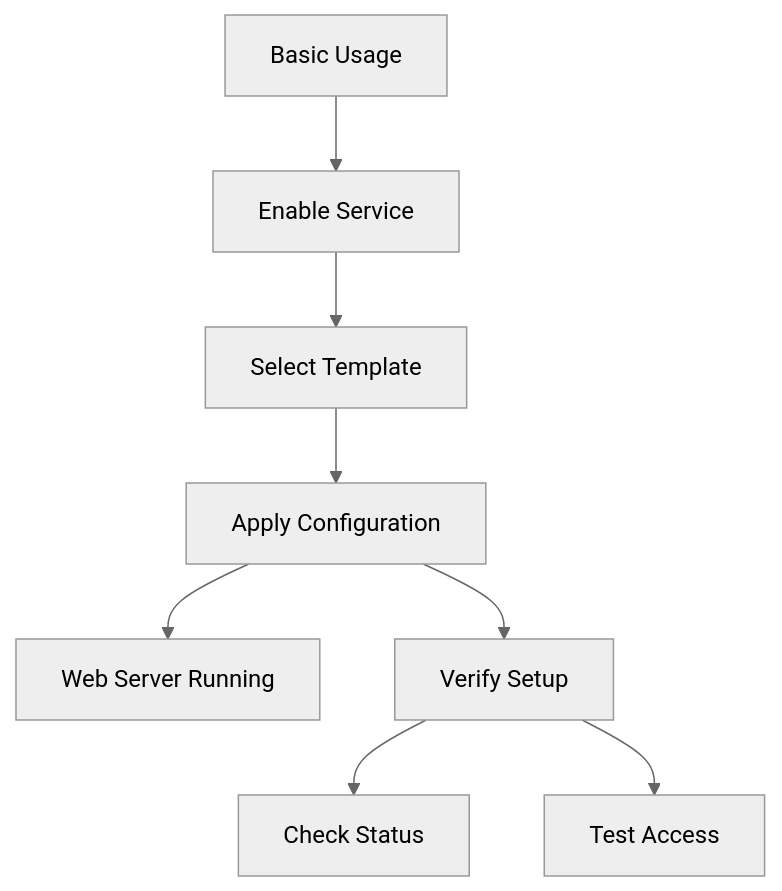
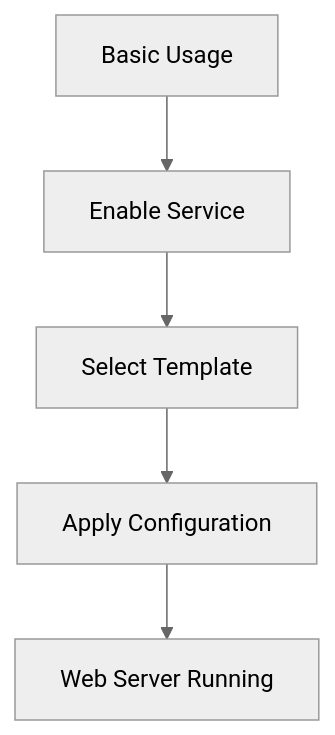
Before and after one commit to Hydepwns/nix-mox: the diagram in docs/guides/nixamples/01-basic-usage/README.md, drawn with Mermaid (neutral theme). The commit also changed other lines of this file and 145 other files, not shown here.

````diff
--- a/docs/guides/nixamples/01-basic-usage/README.md
+++ b/docs/guides/nixamples/01-basic-usage/README.md
@@ -5,10 +5,7 @@
 ```mermaid
 graph TD
     A[Basic Usage] --> B[Enable Service]
     B --> C[Select Template]
     C --> D[Apply Configuration]
     D --> E[Web Server Running]
-    D --> F[Verify Setup]
-    F --> G[Check Status]
-    F --> H[Test Access]
 ```
````
